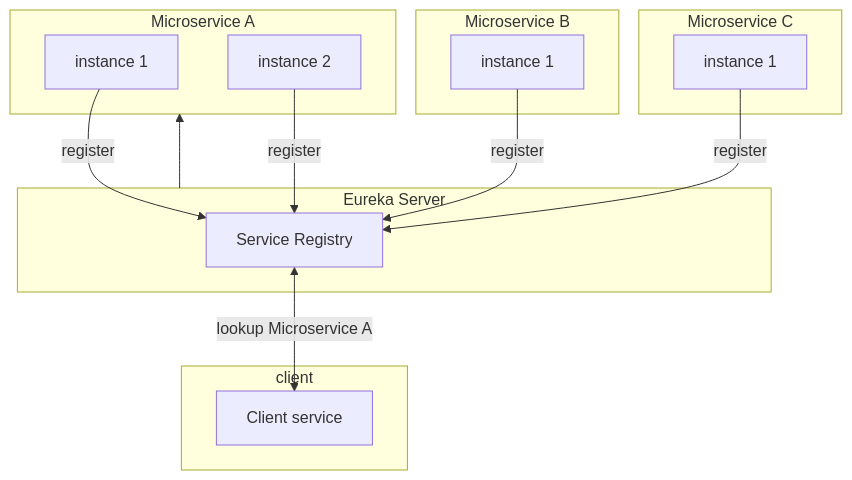
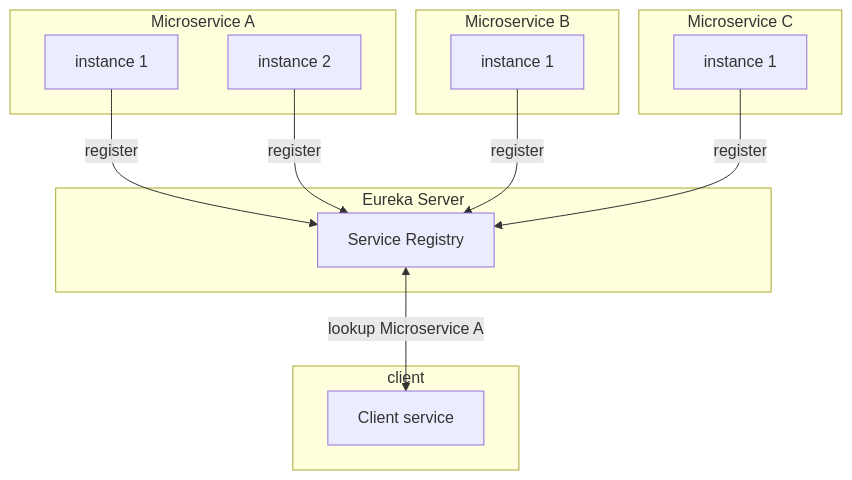
The diagram in service-discovery/README.md (sonamsamdupkhangsar/sonamsamdupkhangsar.github.io), drawn with Mermaid before and after one commit.

Commit message:
add service discovery

````diff
--- a/service-discovery/README.md
+++ b/service-discovery/README.md
@@ -7,26 +7,26 @@
 ```mermaid
 flowchart TD       
     subgraph mA["Microservice A"]
     A1[instance 1]
     A2[instance 2]
     end
     subgraph "Microservice B"
     B[instance 1]
     end
     subgraph "Microservice C"
     C[instance 1]
     end
     subgraph e["Eureka Server"]
     Eureka[Service Registry]
     end
     subgraph client
     D[Client service] 
     end
 
     A1 --> |register| Eureka
     A2 --> |register| Eureka
     B --> |register| Eureka
     C --> |register| Eureka
     Eureka <-->|lookup Microservice A| D
-    e --> mA
+
 ``` 
````
